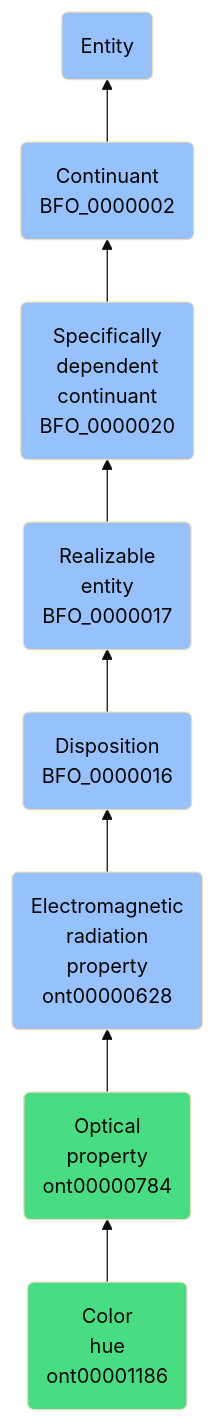
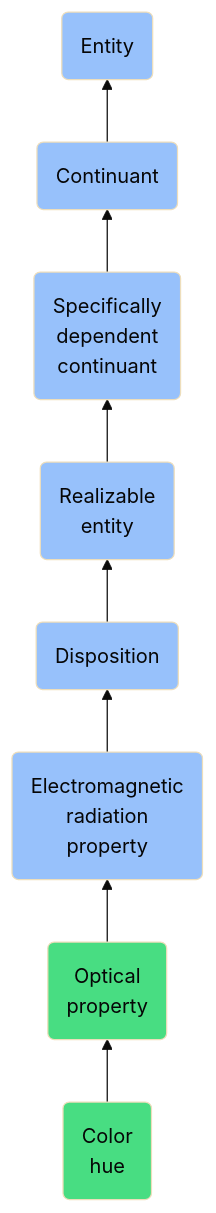
One commit to jupyter-naas/abi changed the diagram in docs/ontology/reference/model/Entity/Continuant/Specifically dependent continuant/Realizable entity/Disposition/Electromagnetic radiation property/Optical property/Color hue/Color hue.md. Above: the diagram before and after it, drawn with Mermaid (base theme). The commit also changed other lines of this file and 1430 other files, not shown here.

````diff
--- a/docs/ontology/reference/model/Entity/Continuant/Specifically dependent continuant/Realizable entity/Disposition/Electromagnetic radiation property/Optical property/Color hue/Color hue.md
+++ b/docs/ontology/reference/model/Entity/Continuant/Specifically dependent continuant/Realizable entity/Disposition/Electromagnetic radiation property/Optical property/Color hue/Color hue.md
@@ -24,15 +24,15 @@
 ```mermaid
 graph BT
-    ont00001186(Color<br>hue<br>ont00001186):::ABI-->ont00000784
-    ont00000784(Optical<br>property<br>ont00000784):::ABI-->ont00000628
-    ont00000628(Electromagnetic<br>radiation<br>property<br>ont00000628):::BFO-->BFO_0000016
-    BFO_0000016(Disposition<br>BFO_0000016):::BFO-->BFO_0000017
-    BFO_0000017(Realizable<br>entity<br>BFO_0000017):::BFO-->BFO_0000020
-    BFO_0000020(Specifically<br>dependent<br>continuant<br>BFO_0000020):::BFO-->BFO_0000002
-    BFO_0000002(Continuant<br>BFO_0000002):::BFO-->BFO_0000001
+    ont00001186(Color<br>hue):::ABI-->ont00000784
+    ont00000784(Optical<br>property):::ABI-->ont00000628
+    ont00000628(Electromagnetic<br>radiation<br>property):::BFO-->BFO_0000016
+    BFO_0000016(Disposition):::BFO-->BFO_0000017
+    BFO_0000017(Realizable<br>entity):::BFO-->BFO_0000020
+    BFO_0000020(Specifically<br>dependent<br>continuant):::BFO-->BFO_0000002
+    BFO_0000002(Continuant):::BFO-->BFO_0000001
     BFO_0000001(Entity):::BFO
     
     classDef BFO fill:#97c1fb,color:#060606
     classDef CCO fill:#e4c51e,color:#060606
     classDef ABI fill:#48DD82,color:#060606
 ```
````
